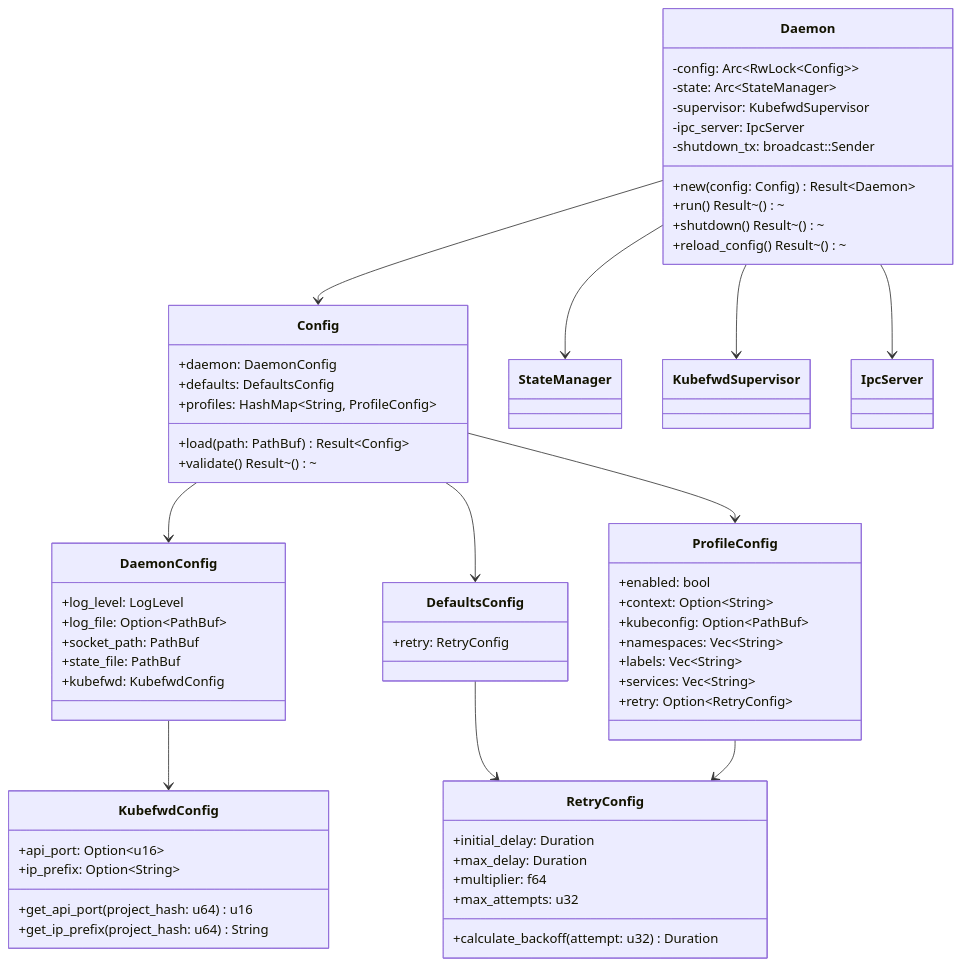
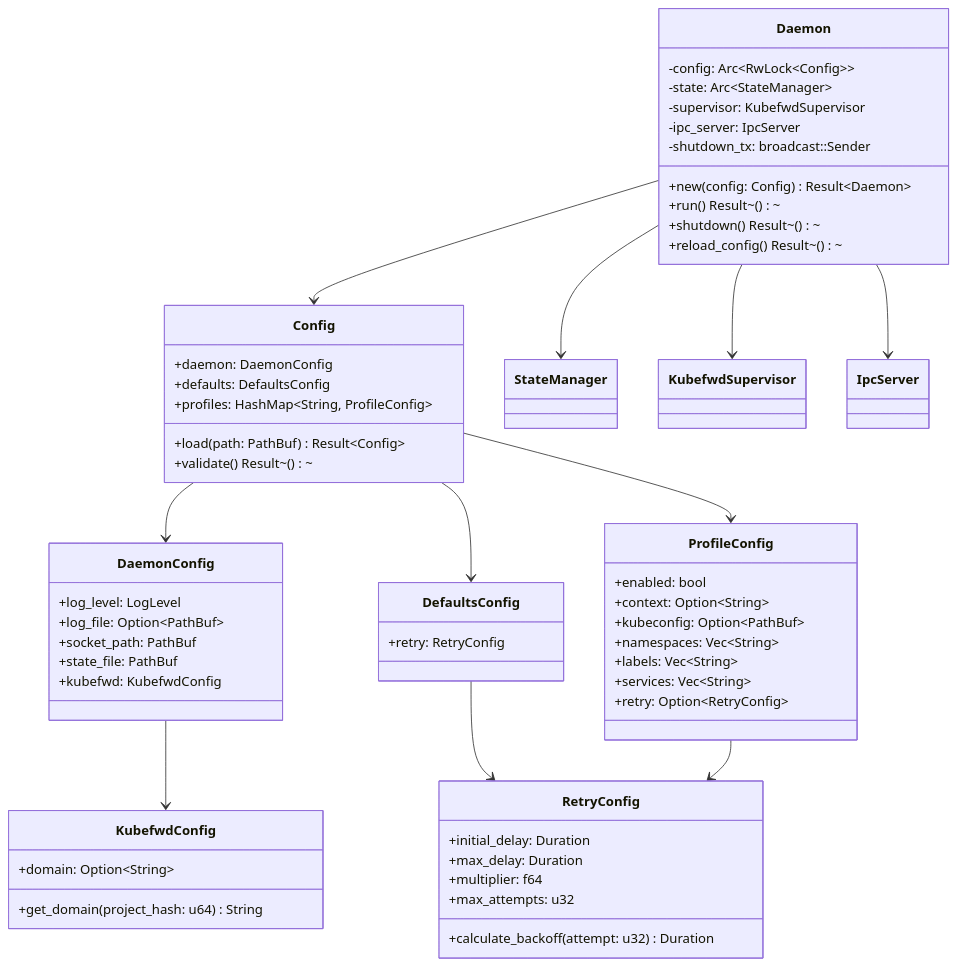
The third of 20 diagrams in docs/CODE_ARCHITECTURE.md (parthspatel/nix-kubefwd), drawn with Mermaid before and after one commit. The commit also changed other lines of this file and 2 other files, not shown here.

First line of the commit message:
Fix incorrect kubefwd API assumptions in documentation

````diff
--- a/docs/CODE_ARCHITECTURE.md
+++ b/docs/CODE_ARCHITECTURE.md
@@ -110,70 +110,68 @@
 ```mermaid
 classDiagram
     class Daemon {
         -config: Arc~RwLock~Config~~
         -state: Arc~StateManager~
         -supervisor: KubefwdSupervisor
         -ipc_server: IpcServer
         -shutdown_tx: broadcast::Sender
         +new(config: Config) Result~Daemon~
         +run() Result~()~
         +shutdown() Result~()~
         +reload_config() Result~()~
     }
 
     class Config {
         +daemon: DaemonConfig
         +defaults: DefaultsConfig
         +profiles: HashMap~String, ProfileConfig~
         +load(path: PathBuf) Result~Config~
         +validate() Result~()~
     }
 
     class DaemonConfig {
         +log_level: LogLevel
         +log_file: Option~PathBuf~
         +socket_path: PathBuf
         +state_file: PathBuf
         +kubefwd: KubefwdConfig
     }
 
     class KubefwdConfig {
-        +api_port: Option~u16~
-        +ip_prefix: Option~String~
-        +get_api_port(project_hash: u64) u16
-        +get_ip_prefix(project_hash: u64) String
+        +domain: Option~String~
+        +get_domain(project_hash: u64) String
     }
 
     class ProfileConfig {
         +enabled: bool
         +context: Option~String~
         +kubeconfig: Option~PathBuf~
         +namespaces: Vec~String~
         +labels: Vec~String~
         +services: Vec~String~
         +retry: Option~RetryConfig~
     }
 
     class RetryConfig {
         +initial_delay: Duration
         +max_delay: Duration
         +multiplier: f64
         +max_attempts: u32
         +calculate_backoff(attempt: u32) Duration
     }
 
     class DefaultsConfig {
         +retry: RetryConfig
     }
 
     Daemon --> Config
     Daemon --> StateManager
     Daemon --> KubefwdSupervisor
     Daemon --> IpcServer
     Config --> DaemonConfig
     Config --> DefaultsConfig
     Config --> ProfileConfig
     DaemonConfig --> KubefwdConfig
     DefaultsConfig --> RetryConfig
     ProfileConfig --> RetryConfig
 ```
````
